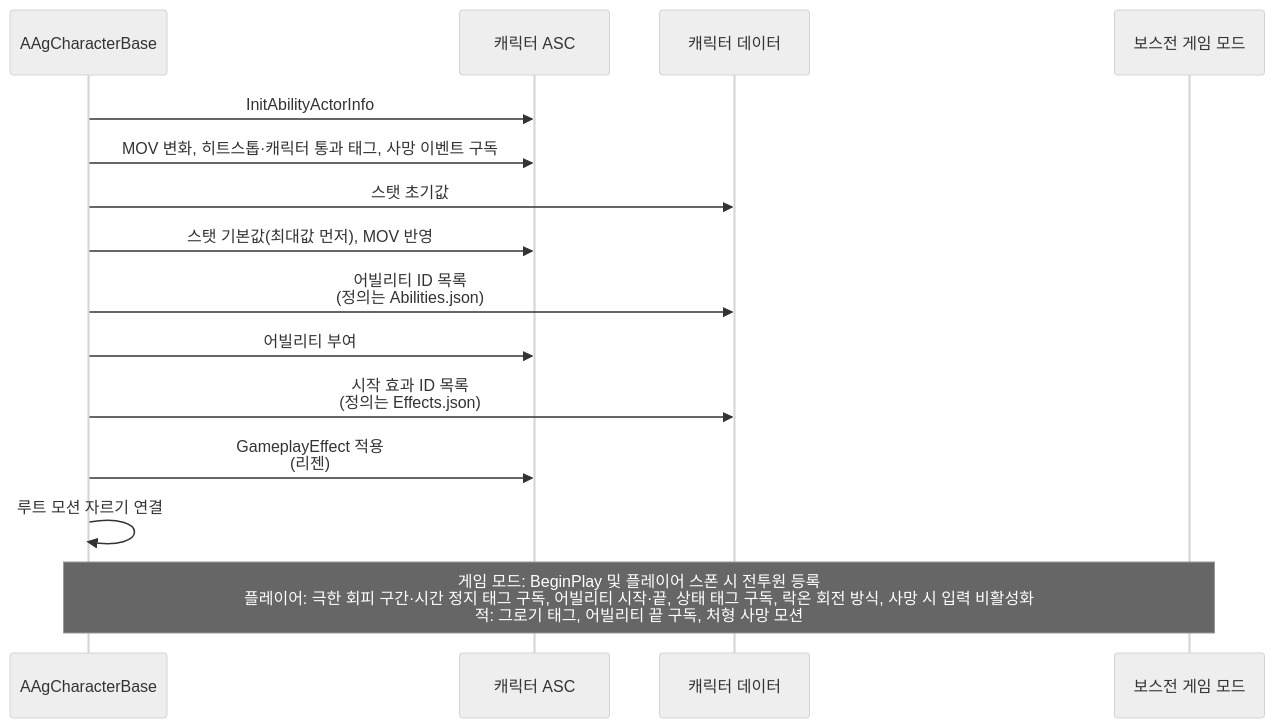
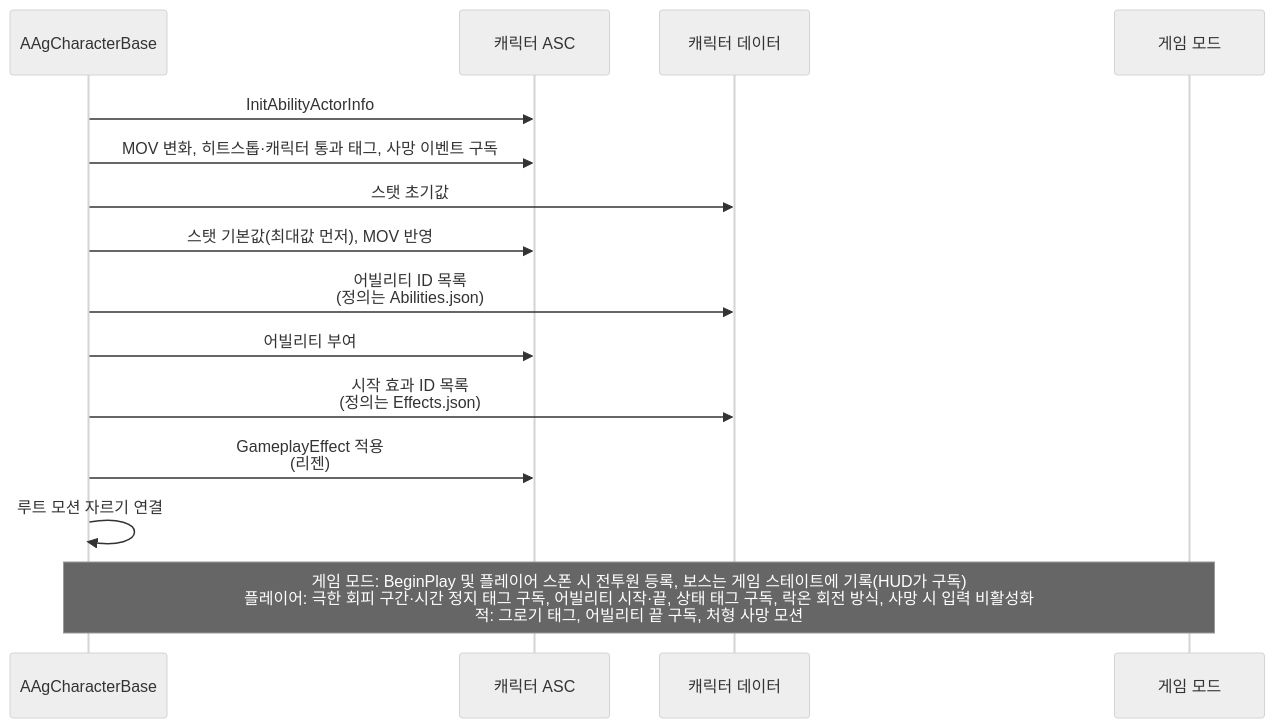
The third of 5 diagrams in Docs/Architecture/캐릭터 기반 구조와 GAS.md (Woogl/Ag), drawn with Mermaid (neutral theme) before and after one commit. The commit also changed other lines of this file and 17 other files, not shown here.

````diff
--- a/Docs/Architecture/캐릭터 기반 구조와 GAS.md
+++ b/Docs/Architecture/캐릭터 기반 구조와 GAS.md
@@ -134,17 +143,17 @@
 ```mermaid
 sequenceDiagram
     participant C as AAgCharacterBase
     participant ASC as 캐릭터 ASC
     participant D as 캐릭터 데이터
-    participant GM as 보스전 게임 모드
+    participant GM as 게임 모드
     C->>ASC: InitAbilityActorInfo
     C->>ASC: MOV 변화, 히트스톱·캐릭터 통과 태그, 사망 이벤트 구독
     C->>D: 스탯 초기값
     C->>ASC: 스탯 기본값(최대값 먼저), MOV 반영
     C->>D: 어빌리티 ID 목록<br>(정의는 Abilities.json)
     C->>ASC: 어빌리티 부여
     C->>D: 시작 효과 ID 목록<br>(정의는 Effects.json)
     C->>ASC: GameplayEffect 적용<br>(리젠)
     C->>C: 루트 모션 자르기 연결
-    Note over C,GM: 게임 모드: BeginPlay 및 플레이어 스폰 시 전투원 등록<br>플레이어: 극한 회피 구간·시간 정지 태그 구독, 어빌리티 시작·끝, 상태 태그 구독, 락온 회전 방식, 사망 시 입력 비활성화<br>적: 그로기 태그, 어빌리티 끝 구독, 처형 사망 모션
+    Note over C,GM: 게임 모드: BeginPlay 및 플레이어 스폰 시 전투원 등록, 보스는 게임 스테이트에 기록(HUD가 구독)<br>플레이어: 극한 회피 구간·시간 정지 태그 구독, 어빌리티 시작·끝, 상태 태그 구독, 락온 회전 방식, 사망 시 입력 비활성화<br>적: 그로기 태그, 어빌리티 끝 구독, 처형 사망 모션
 ```
````
